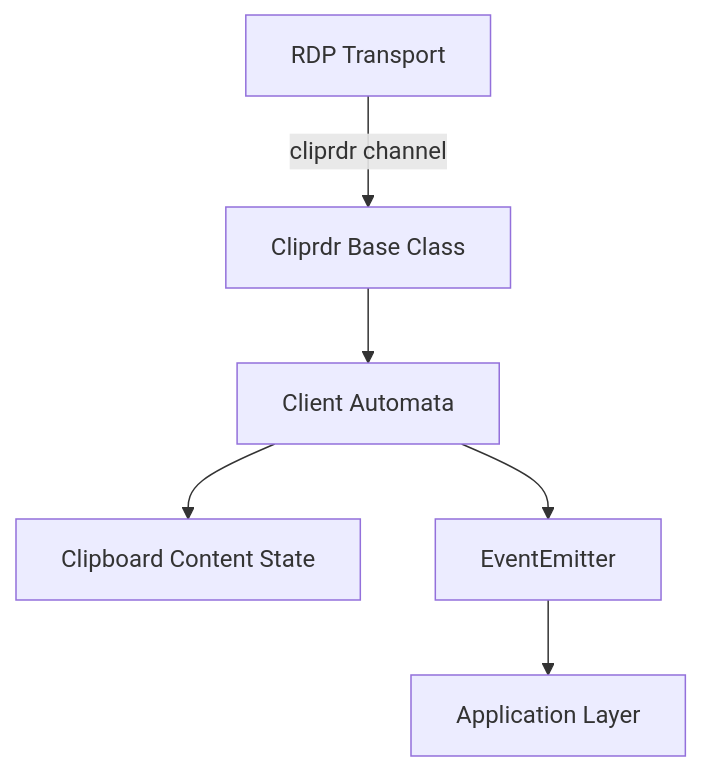
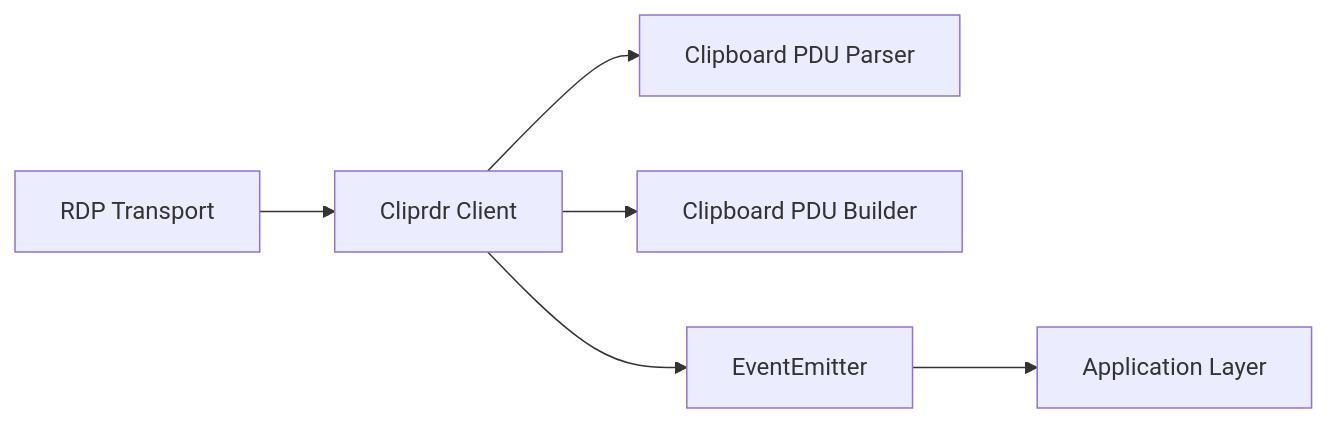
Before and after one commit to Ylianst/MeshCentral: the first of 10 diagrams in docs/reference/architecture/cliprdr/cliprdr.md, drawn with Mermaid. The commit also changed other lines of this file and 642 other files, not shown here.

````diff
--- a/docs/reference/architecture/cliprdr/cliprdr.md
+++ b/docs/reference/architecture/cliprdr/cliprdr.md
@@ -31,8 +77,8 @@
 ```mermaid
-flowchart TD
-    RDPTransport["RDP Transport"] -->|"cliprdr channel"| CliprdrBase["Cliprdr Base Class"]
-    CliprdrBase --> ClientAutomata["Client Automata"]
-    ClientAutomata --> ClipboardState["Clipboard Content State"]
-    ClientAutomata --> EventLayer["EventEmitter"]
-    EventLayer --> Application["Application Layer"]
+flowchart LR
+    RdpTransport["RDP Transport"] --> CliprdrClient["Cliprdr Client"]
+    CliprdrClient --> PduParser["Clipboard PDU Parser"]
+    CliprdrClient --> PduBuilder["Clipboard PDU Builder"]
+    CliprdrClient --> EventEmitter["EventEmitter"]
+    EventEmitter --> AppLayer["Application Layer"]
 ```
````
